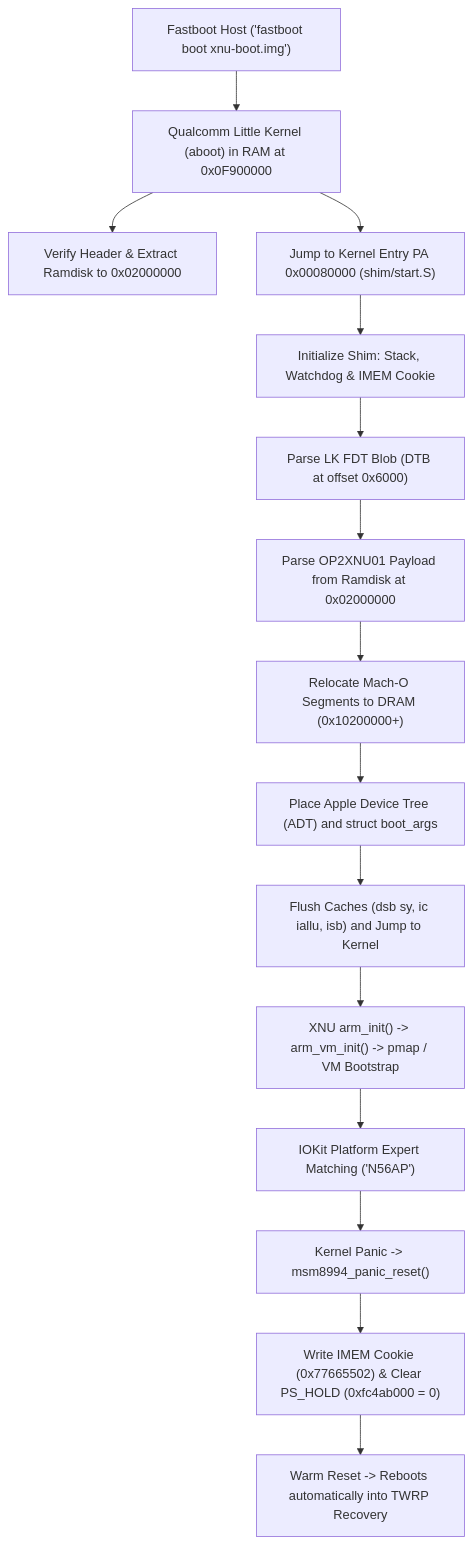
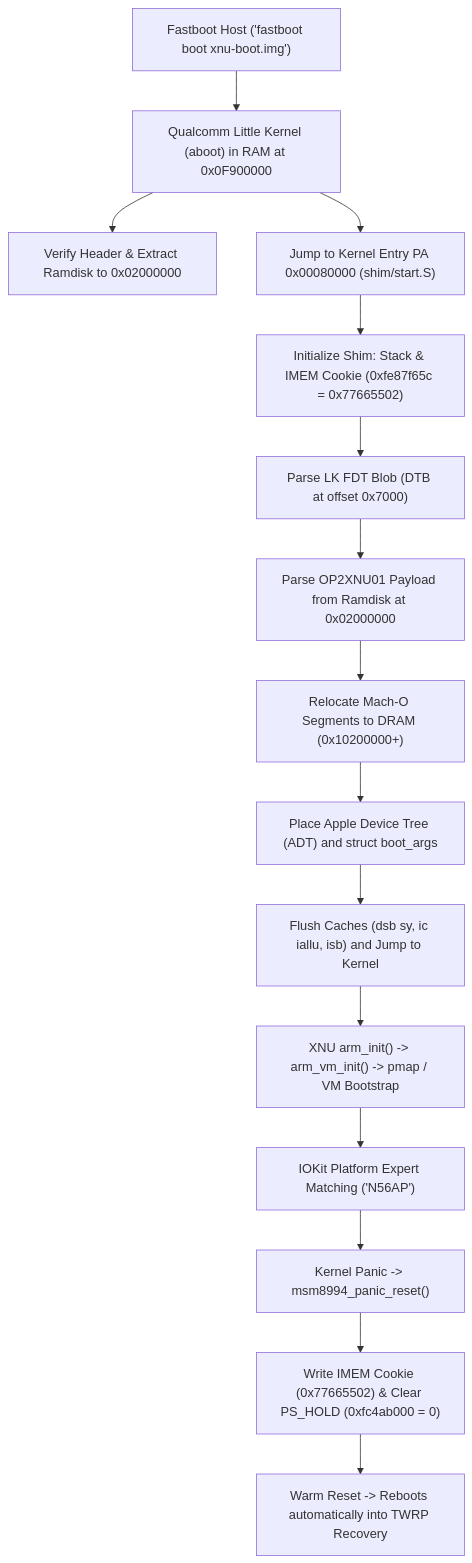
The diagram in docs/HOW-IT-BOOTS.md (Veerhooda/iOS), drawn with Mermaid before and after one commit. The commit also changed other lines of this file and 2 other files, not shown here.

Commit message:
docs: add Milestone 3 hardware verification report and shim updates

````diff
--- a/docs/HOW-IT-BOOTS.md
+++ b/docs/HOW-IT-BOOTS.md
@@ -9,17 +9,17 @@
 ```mermaid
 flowchart TD
     A["Fastboot Host ('fastboot boot xnu-boot.img')"] --> B["Qualcomm Little Kernel (aboot) in RAM at 0x0F900000"]
     B --> C["Verify Header & Extract Ramdisk to 0x02000000"]
     B --> D["Jump to Kernel Entry PA 0x00080000 (shim/start.S)"]
-    D --> E["Initialize Shim: Stack, Watchdog & IMEM Cookie"]
-    E --> F["Parse LK FDT Blob (DTB at offset 0x6000)"]
+    D --> E["Initialize Shim: Stack & IMEM Cookie (0xfe87f65c = 0x77665502)"]
+    E --> F["Parse LK FDT Blob (DTB at offset 0x7000)"]
     F --> G["Parse OP2XNU01 Payload from Ramdisk at 0x02000000"]
     G --> H["Relocate Mach-O Segments to DRAM (0x10200000+)"]
     H --> I["Place Apple Device Tree (ADT) and struct boot_args"]
     I --> J["Flush Caches (dsb sy, ic iallu, isb) and Jump to Kernel"]
     J --> K["XNU arm_init() -> arm_vm_init() -> pmap / VM Bootstrap"]
     K --> L["IOKit Platform Expert Matching ('N56AP')"]
     L --> M["Kernel Panic -> msm8994_panic_reset()"]
     M --> N["Write IMEM Cookie (0x77665502) & Clear PS_HOLD (0xfc4ab000 = 0)"]
     N --> O["Warm Reset -> Reboots automatically into TWRP Recovery"]
 ```
````
